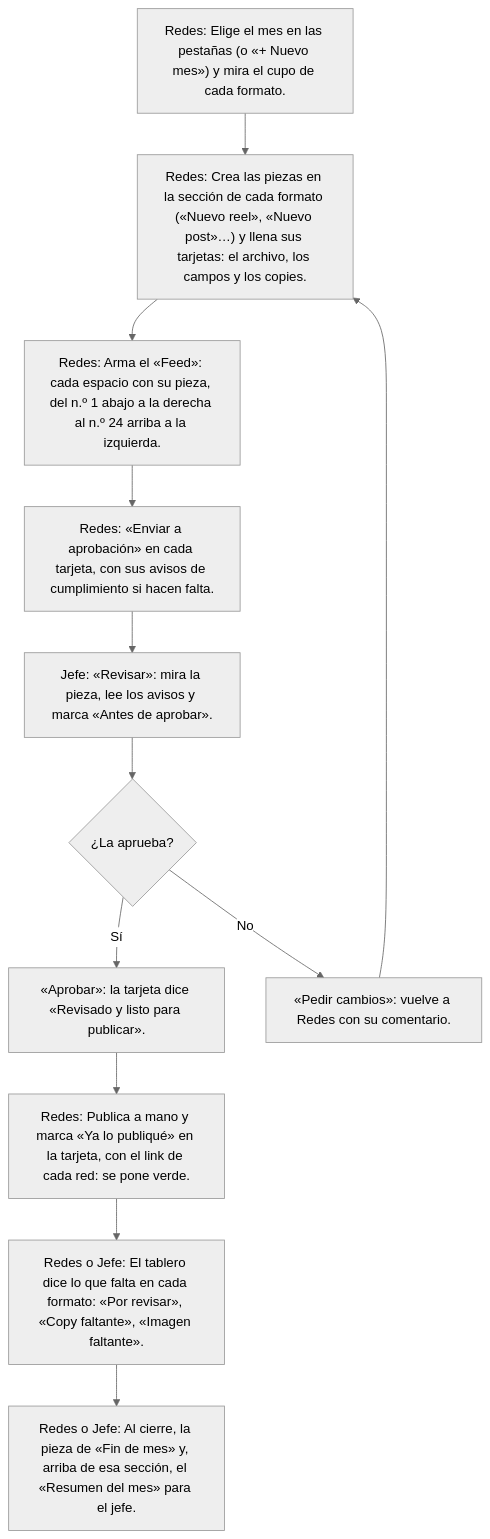
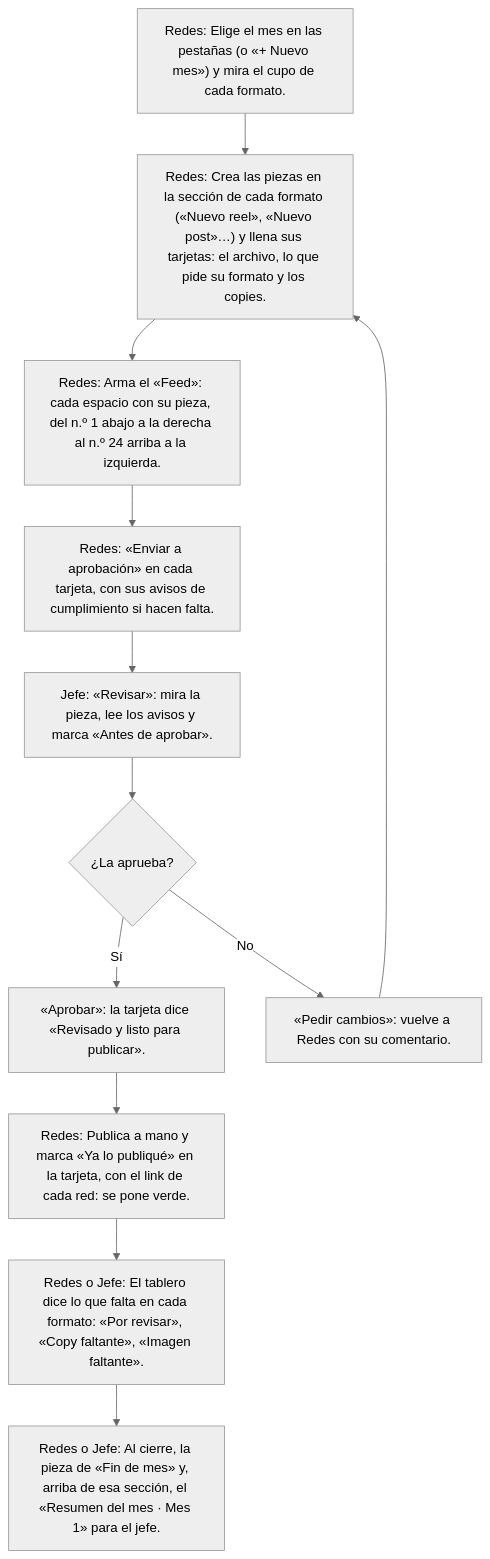
The sixth of 9 diagrams in app-freddy-bernal/docs/FLUJOS.md (fbvenezuela/Gestionapp), drawn with Mermaid (neutral theme) before and after one commit. The commit also changed other lines of this file and 44 other files, not shown here.

````diff
--- a/app-freddy-bernal/docs/FLUJOS.md
+++ b/app-freddy-bernal/docs/FLUJOS.md
@@ -226,22 +226,22 @@
 ```mermaid
 flowchart TD
   mes_redes_mes["Redes: Elige el mes en las pestañas (o «+ Nuevo mes») y mira el cupo de cada formato."]
   mes_redes_mes --> mes_redes_crea
-  mes_redes_crea["Redes: Crea las piezas en la sección de cada formato («Nuevo reel», «Nuevo post»…) y llena sus tarjetas: el archivo, los campos y los copies."]
+  mes_redes_crea["Redes: Crea las piezas en la sección de cada formato («Nuevo reel», «Nuevo post»…) y llena sus tarjetas: el archivo, lo que pide su formato y los copies."]
   mes_redes_crea --> mes_redes_feed
   mes_redes_feed["Redes: Arma el «Feed»: cada espacio con su pieza, del n.º 1 abajo a la derecha al n.º 24 arriba a la izquierda."]
   mes_redes_feed --> mes_redes_envia
   mes_redes_envia["Redes: «Enviar a aprobación» en cada tarjeta, con sus avisos de cumplimiento si hacen falta."]
   mes_redes_envia --> mes_redes_aprueba
   mes_redes_aprueba["Jefe: «Revisar»: mira la pieza, lee los avisos y marca «Antes de aprobar»."]
   mes_redes_aprueba --> mes_redes_aprueba_q{"¿La aprueba?"}
   mes_redes_aprueba_q -- Sí --> mes_redes_aprueba_b1["«Aprobar»: la tarjeta dice «Revisado y listo para publicar»."]
   mes_redes_aprueba_b1 --> mes_redes_publica
   mes_redes_aprueba_q -- No --> mes_redes_aprueba_b2["«Pedir cambios»: vuelve a Redes con su comentario."]
   mes_redes_aprueba_b2 --> mes_redes_crea
   mes_redes_publica["Redes: Publica a mano y marca «Ya lo publiqué» en la tarjeta, con el link de cada red: se pone verde."]
   mes_redes_publica --> mes_redes_tablero
   mes_redes_tablero["Redes o Jefe: El tablero dice lo que falta en cada formato: «Por revisar», «Copy faltante», «Imagen faltante»."]
   mes_redes_tablero --> mes_redes_cierre
-  mes_redes_cierre["Redes o Jefe: Al cierre, la pieza de «Fin de mes» y, arriba de esa sección, el «Resumen del mes» para el jefe."]
+  mes_redes_cierre["Redes o Jefe: Al cierre, la pieza de «Fin de mes» y, arriba de esa sección, el «Resumen del mes · Mes 1» para el jefe."]
 ```
````
